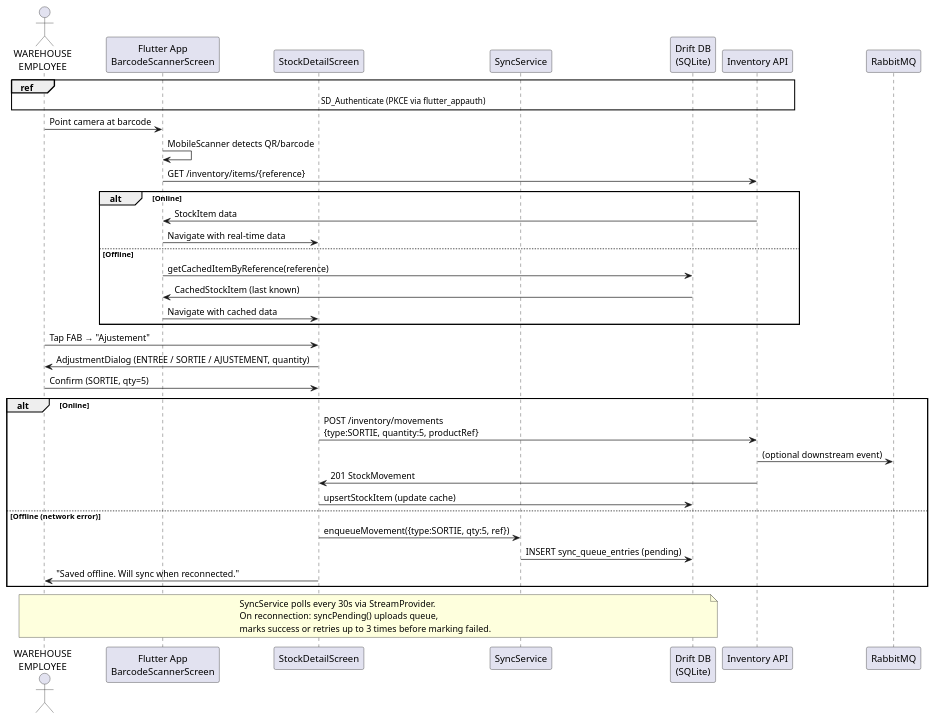
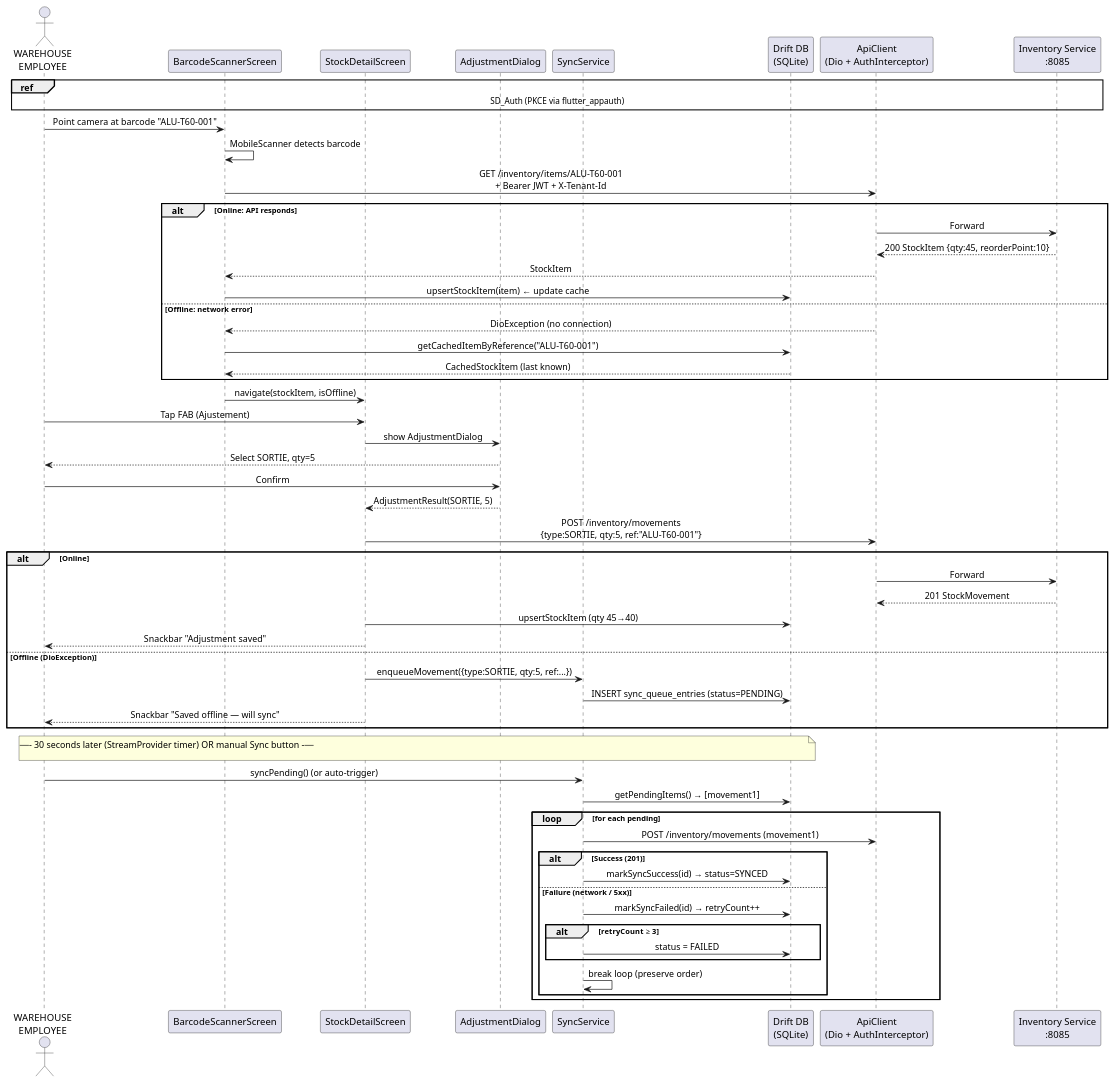
Before and after one commit to MohamedTrikii/PFA_CRM_ERP_Platform: diagram 15 of 19 in docs/PFA_REPORT.md, drawn with PlantUML. The commit also changed other lines of this file and 150 other files, not shown here.

````diff
--- a/docs/PFA_REPORT.md
+++ b/docs/PFA_REPORT.md
@@ -1536,47 +1713,72 @@
 ```plantuml
 @startuml SD_OfflineSync
+skinparam sequenceMessageAlign center
+
 actor WE as "WAREHOUSE\nEMPLOYEE"
-participant "Flutter App\nBarcodeScannerScreen" as SCAN
+participant "BarcodeScannerScreen" as SCAN
 participant "StockDetailScreen" as DETAIL
+participant "AdjustmentDialog" as DLG
 participant "SyncService" as SYNC
 participant "Drift DB\n(SQLite)" as LOCAL
-participant "Inventory API" as API
-participant "RabbitMQ" as MQ
+participant "ApiClient\n(Dio + AuthInterceptor)" as API
+participant "Inventory Service\n:8085" as INV
 
-ref over WE, API : SD_Authenticate (PKCE via flutter_appauth)
+ref over WE, INV : SD_Auth (PKCE via flutter_appauth)
 
-WE -> SCAN : Point camera at barcode
-SCAN -> SCAN : MobileScanner detects QR/barcode
-SCAN -> API : GET /inventory/items/{reference}
+WE -> SCAN : Point camera at barcode "ALU-T60-001"
+SCAN -> SCAN : MobileScanner detects barcode
+SCAN -> API : GET /inventory/items/ALU-T60-001\n+ Bearer JWT + X-Tenant-Id
+
+alt Online: API responds
+  API -> INV : Forward
+  INV --> API : 200 StockItem {qty:45, reorderPoint:10}
+  API --> SCAN : StockItem
+  SCAN -> LOCAL : upsertStockItem(item)  ← update cache
+else Offline: network error
+  API --> SCAN : DioException (no connection)
+  SCAN -> LOCAL : getCachedItemByReference("ALU-T60-001")
+  LOCAL --> SCAN : CachedStockItem (last known)
+end
+
+SCAN -> DETAIL : navigate(stockItem, isOffline)
+
+WE -> DETAIL : Tap FAB (Ajustement)
+DETAIL -> DLG : show AdjustmentDialog
+DLG --> WE : Select SORTIE, qty=5
+WE -> DLG : Confirm
+DLG --> DETAIL : AdjustmentResult(SORTIE, 5)
+
+DETAIL -> API : POST /inventory/movements\n{type:SORTIE, qty:5, ref:"ALU-T60-001"}
 
 alt Online
-  API -> SCAN : StockItem data
-  SCAN -> DETAIL : Navigate with real-time data
-else Offline
-  SCAN -> LOCAL : getCachedItemByReference(reference)
-  LOCAL -> SCAN : CachedStockItem (last known)
-  SCAN -> DETAIL : Navigate with cached data
-end
-
-WE -> DETAIL : Tap FAB → "Ajustement"
-DETAIL -> WE : AdjustmentDialog (ENTREE / SORTIE / AJUSTEMENT, quantity)
-WE -> DETAIL : Confirm (SORTIE, qty=5)
-
-alt Online
-  DETAIL -> API : POST /inventory/movements\n{type:SORTIE, quantity:5, productRef}
-  API -> MQ : (optional downstream event)
-  API -> DETAIL : 201 StockMovement
-  DETAIL -> LOCAL : upsertStockItem (update cache)
-else Offline (network error)
-  DETAIL -> SYNC : enqueueMovement({type:SORTIE, qty:5, ref})
-  SYNC -> LOCAL : INSERT sync_queue_entries (pending)
-  DETAIL -> WE : "Saved offline. Will sync when reconnected."
+  API -> INV : Forward
+  INV --> API : 201 StockMovement
+  DETAIL -> LOCAL : upsertStockItem (qty 45→40)
+  DETAIL --> WE : Snackbar "Adjustment saved"
+else Offline (DioException)
+  DETAIL -> SYNC : enqueueMovement({type:SORTIE, qty:5, ref:...})
+  SYNC -> LOCAL : INSERT sync_queue_entries (status=PENDING)
+  DETAIL --> WE : Snackbar "Saved offline — will sync"
 end
 
 note over WE, LOCAL
-  SyncService polls every 30s via StreamProvider.
-  On reconnection: syncPending() uploads queue,
-  marks success or retries up to 3 times before marking failed.
+  --- 30 seconds later (StreamProvider timer) OR manual Sync button ---
 end note
+
+WE -> SYNC : syncPending() (or auto-trigger)
+SYNC -> LOCAL : getPendingItems() → [movement1]
+loop for each pending
+  SYNC -> API : POST /inventory/movements (movement1)
+  alt Success (201)
+    SYNC -> LOCAL : markSyncSuccess(id) → status=SYNCED
+  else Failure (network / 5xx)
+    SYNC -> LOCAL : markSyncFailed(id) → retryCount++
+    alt retryCount ≥ 3
+      SYNC -> LOCAL : status = FAILED
+    end
+    SYNC -> SYNC : break loop (preserve order)
+  end
+end
+
 @enduml
 ```
````
